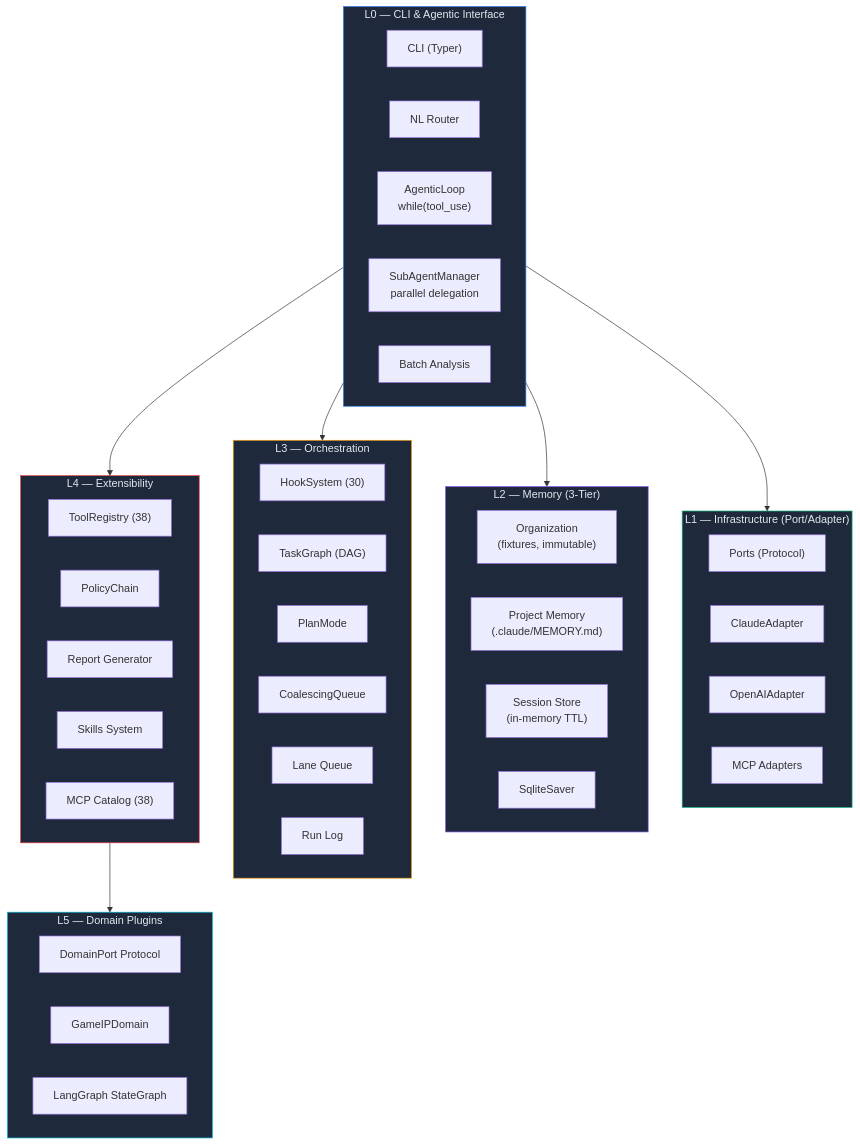
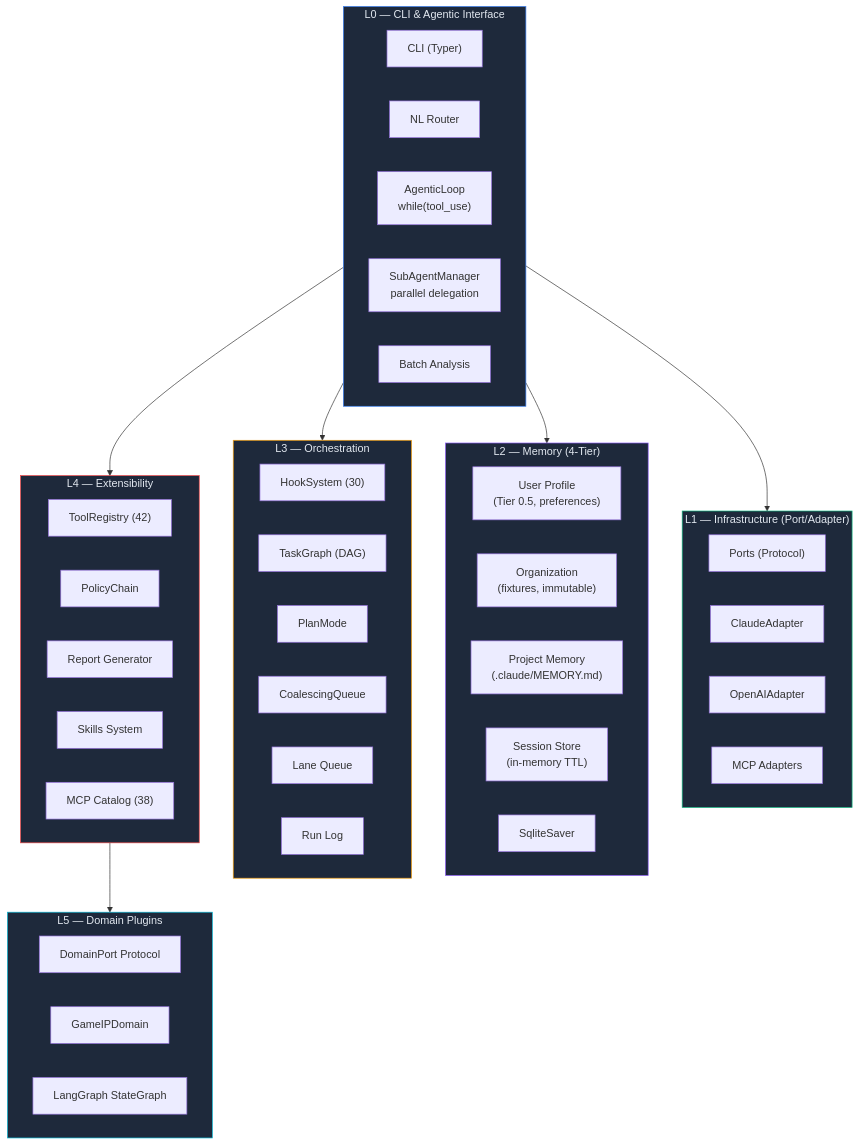
The second of 12 diagrams in README.md (mangowhoiscloud/geode), drawn with Mermaid before and after one commit. The commit also changed other lines of this file, not shown here.

Commit message:
docs: README Highlights 보강 + Mermaid 정합성 수정 (42 tools, 4-tier memory, Token Guard unlimited)

````diff
--- a/README.md
+++ b/README.md
@@ -77,60 +122,61 @@
 ```mermaid
 graph TB
     subgraph L0["L0 — CLI & Agentic Interface"]
         CLI["CLI (Typer)"]
         NLR["NL Router"]
         AL["AgenticLoop<br/>while(tool_use)"]
         SubA["SubAgentManager<br/>parallel delegation"]
         Batch["Batch Analysis"]
     end
 
     subgraph L1["L1 — Infrastructure (Port/Adapter)"]
         direction LR
         Ports["Ports (Protocol)"]
         Claude["ClaudeAdapter"]
         OpenAI["OpenAIAdapter"]
         MCP["MCP Adapters"]
     end
 
-    subgraph L2["L2 — Memory (3-Tier)"]
+    subgraph L2["L2 — Memory (4-Tier)"]
+        UserProf["User Profile<br/>(Tier 0.5, preferences)"]
         Org["Organization<br/>(fixtures, immutable)"]
         Project["Project Memory<br/>(.claude/MEMORY.md)"]
         Session["Session Store<br/>(in-memory TTL)"]
         Checkpoint["SqliteSaver"]
     end
 
     subgraph L3["L3 — Orchestration"]
         Hooks["HookSystem (30)"]
         Tasks["TaskGraph (DAG)"]
         Plan["PlanMode"]
         Coal["CoalescingQueue"]
         Lanes["Lane Queue"]
         RunLog["Run Log"]
     end
 
     subgraph L4["L4 — Extensibility"]
-        Tools["ToolRegistry (38)"]
+        Tools["ToolRegistry (42)"]
         Policy["PolicyChain"]
         Reports["Report Generator"]
         Skills["Skills System"]
         MCPCat["MCP Catalog (38)"]
     end
 
     subgraph L5["L5 — Domain Plugins"]
         Domain["DomainPort Protocol"]
         GameIP["GameIPDomain"]
         Pipeline["LangGraph StateGraph"]
     end
 
     L0 --> L1
     L0 --> L2
     L0 --> L3
     L0 --> L4
     L4 --> L5
     style L0 fill:#1e293b,stroke:#3b82f6,color:#e2e8f0
     style L1 fill:#1e293b,stroke:#10b981,color:#e2e8f0
     style L2 fill:#1e293b,stroke:#8b5cf6,color:#e2e8f0
     style L3 fill:#1e293b,stroke:#f59e0b,color:#e2e8f0
     style L4 fill:#1e293b,stroke:#ef4444,color:#e2e8f0
     style L5 fill:#1e293b,stroke:#06b6d4,color:#e2e8f0
 ```
````
